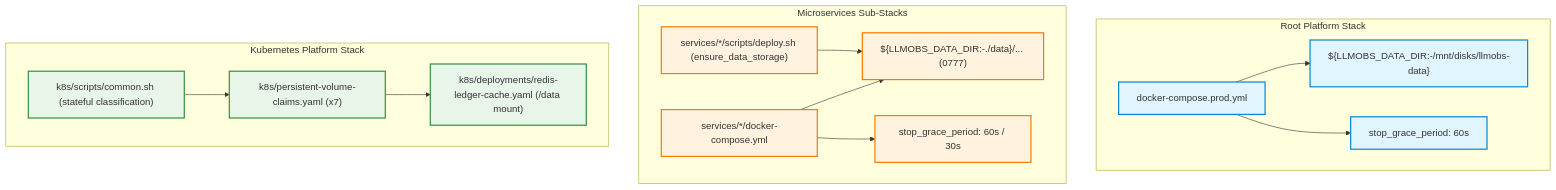
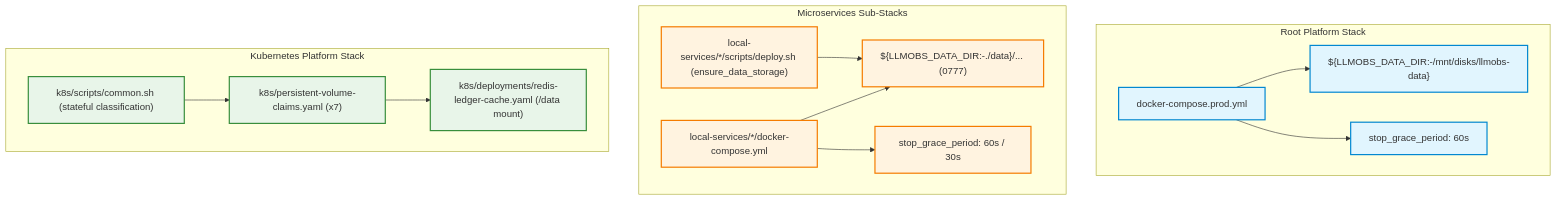
Before and after one commit to Chief-Strategist-J/llm-obs-infra: the diagram in docs/architectureDoc/adr-0020-persistent-storage-lifecycle-and-stateful-decoupling.md, drawn with Mermaid. The commit also changed other lines of this file and 147 other files, not shown here.

Commit message:
refactor: rename services to local-services for local development isolation

````diff
--- a/docs/architectureDoc/adr-0020-persistent-storage-lifecycle-and-stateful-decoupling.md
+++ b/docs/architectureDoc/adr-0020-persistent-storage-lifecycle-and-stateful-decoupling.md
@@ -57,32 +57,32 @@
 ```mermaid
 graph TD
     classDef storage fill:#e1f5fe,stroke:#0288d1,stroke-width:2px;
     classDef service fill:#fff3e0,stroke:#f57c00,stroke-width:2px;
     classDef k8s fill:#e8f5e9,stroke:#388e3c,stroke-width:2px;
 
     subgraph "Root Platform Stack"
         RP_Compose["docker-compose.prod.yml"]:::storage
         RP_Disk["${LLMOBS_DATA_DIR:-/mnt/disks/llmobs-data}"]:::storage
         RP_Grace["stop_grace_period: 60s"]:::storage
         RP_Compose --> RP_Disk
         RP_Compose --> RP_Grace
     end
 
     subgraph "Microservices Sub-Stacks"
-        MS_Script["services/*/scripts/deploy.sh (ensure_data_storage)"]:::service
-        MS_Compose["services/*/docker-compose.yml"]:::service
+        MS_Script["local-services/*/scripts/deploy.sh (ensure_data_storage)"]:::service
+        MS_Compose["local-services/*/docker-compose.yml"]:::service
         MS_Local["${LLMOBS_DATA_DIR:-./data}/... (0777)"]:::service
         MS_Grace["stop_grace_period: 60s / 30s"]:::service
         MS_Script --> MS_Local
         MS_Compose --> MS_Local
         MS_Compose --> MS_Grace
     end
 
     subgraph "Kubernetes Platform Stack"
         K8S_PVC["k8s/persistent-volume-claims.yaml (x7)"]:::k8s
         K8S_Redis["k8s/deployments/redis-ledger-cache.yaml (/data mount)"]:::k8s
         K8S_Common["k8s/scripts/common.sh (stateful classification)"]:::k8s
         K8S_PVC --> K8S_Redis
         K8S_Common --> K8S_PVC
     end
 ```
````
